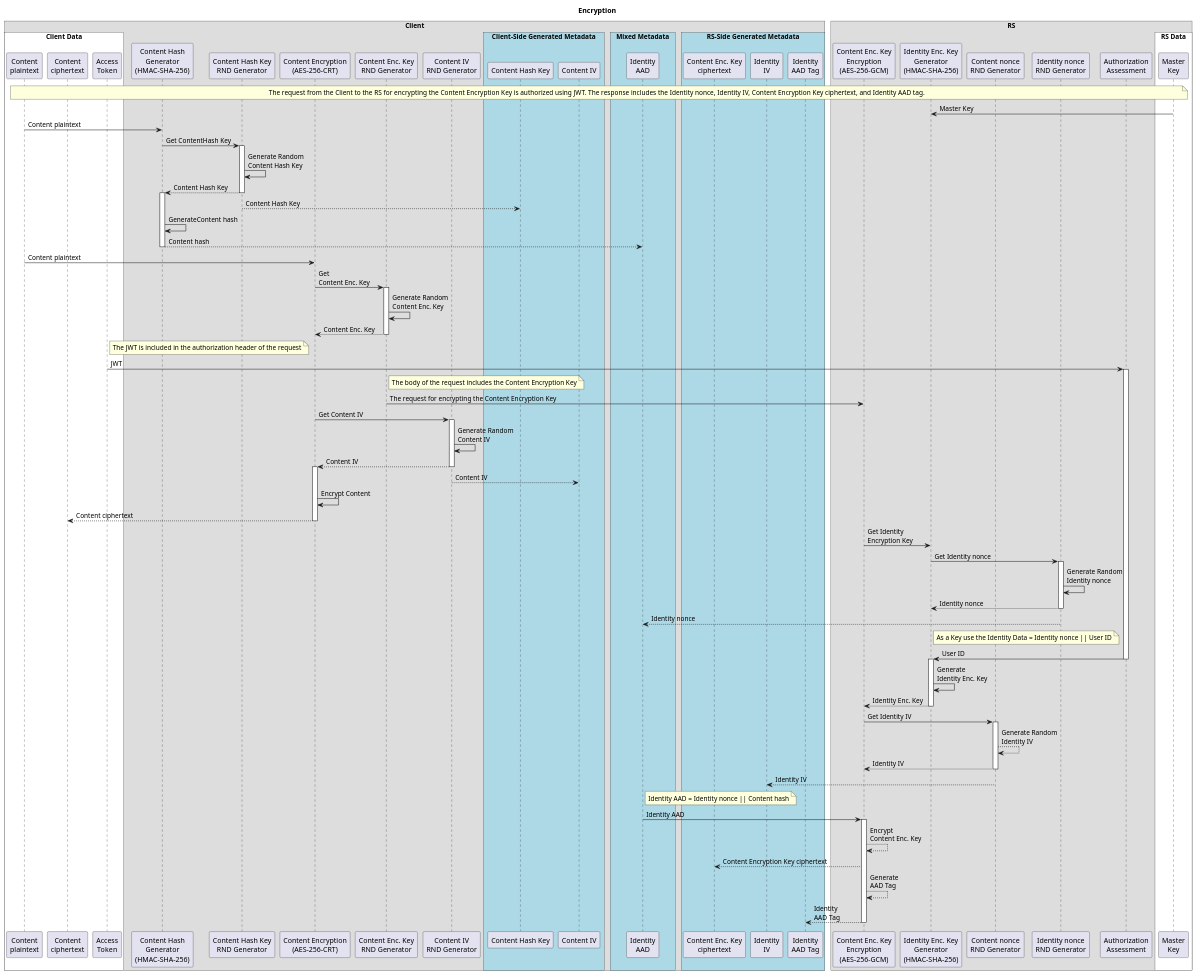
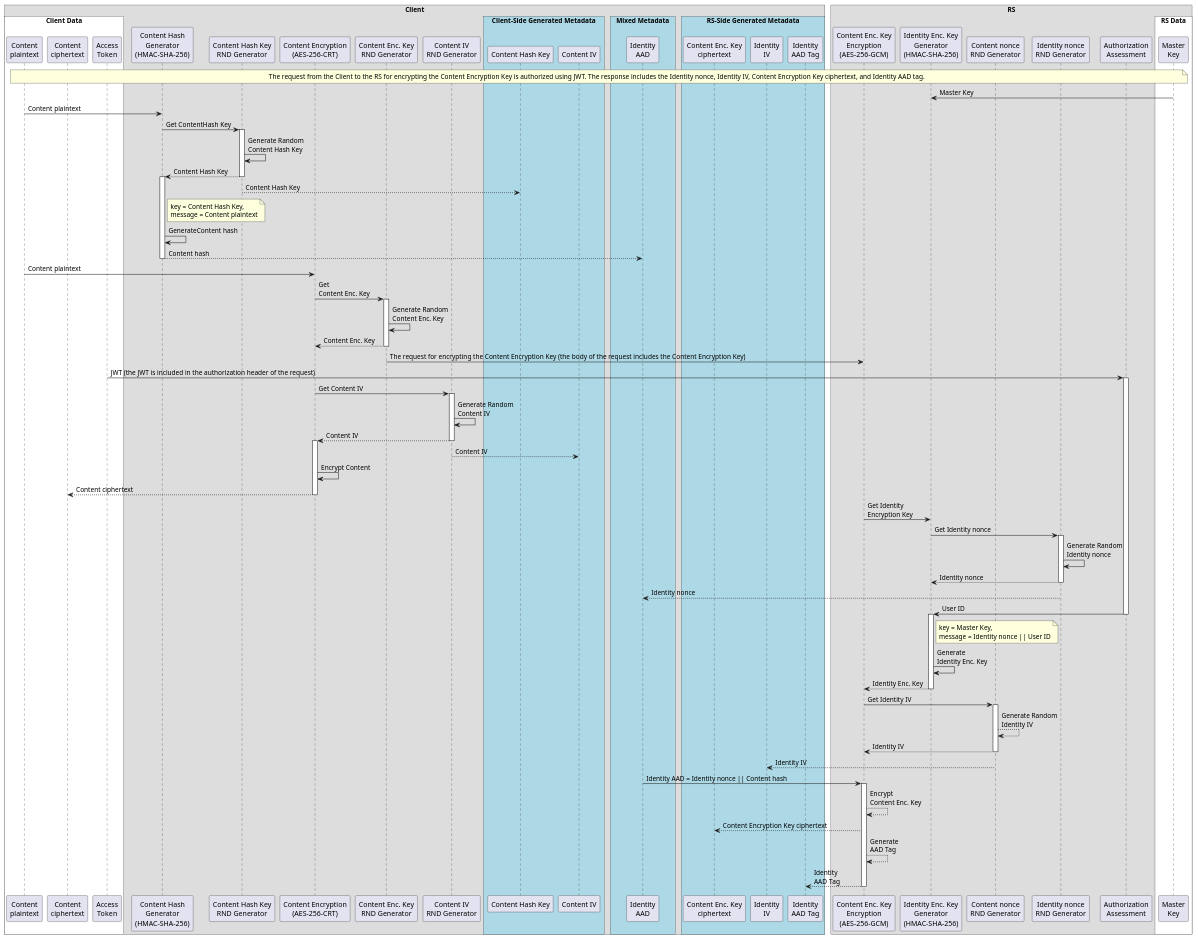
Before and after one commit to umalabs/ibe: the first of 2 diagrams in docs/CRYPTOGRAPHY.md, drawn with PlantUML. The commit also changed other lines of this file and 2 other files, not shown here.

````diff
--- a/docs/CRYPTOGRAPHY.md
+++ b/docs/CRYPTOGRAPHY.md
@@ -9,8 +11,6 @@
 ```plantuml
 @startuml
 !pragma teoz true
-
-title Encryption
 
 ' --- Client ---
 participant "Content Hash\nGenerator\n(HMAC-SHA-256)" as ContentHashGen
@@ -105,6 +105,7 @@
 ' --- Content Hash Generation process ---
 activate ContentHashGen
 ContentHashKeyRNDGen --> ContentHashKeyMetadata: Content Hash Key
+note right of ContentHashGen: key = Content Hash Key,\nmessage = Content plaintext
 ContentHashGen -> ContentHashGen: GenerateContent hash
 ContentHashGen --> IdentityAADMetadata: Content hash
 deactivate ContentHashGen
@@ -118,13 +119,11 @@
 ContentEncKeyRNDGen -> ContentEncKeyRNDGen: Generate Random\nContent Enc. Key
 ContentEncKeyRNDGen --> ContentEncryption: Content Enc. Key
 deactivate ContentEncKeyRNDGen
+' --- Request for encrypting the Content Encryption Key ---
+ContentEncKeyRNDGen -> ContentEncKeyEncryption: The request for encrypting the Content Encryption Key (the body of the request includes the Content Encryption Key)
 ' --- Request Authorization Header
-note right of AccessToken: The JWT is included in the authorization header of the request
-AccessToken->AuthorizationAssessment: JWT
+AccessToken->AuthorizationAssessment: JWT (the JWT is included in the authorization header of the request)
 activate AuthorizationAssessment
-' --- Request Body ---
-note right of ContentEncKeyRNDGen: The body of the request includes the Content Encryption Key
-ContentEncKeyRNDGen -> ContentEncKeyEncryption: The request for encrypting the Content Encryption Key
 ' --- Content plaintext IV Generation ---
 ContentEncryption -> ContentIV_RNDGen: Get Content IV
 ' --- Content plaintext IV Generation process ---
@@ -151,11 +150,11 @@
 ' --- Response Data ---
 IdentityNonceRNDGen --> IdentityAADMetadata: Identity nonce
 ' --- Identity Enc. Key Generation ---
-note right of IdentityEncKeyGen: As a Key use the Identity Data = Identity nonce || User ID
 AuthorizationAssessment-> IdentityEncKeyGen: User ID
 deactivate AuthorizationAssessment
 ' --- Identity Enc. Key Generation process ---
 activate IdentityEncKeyGen
+note right of IdentityEncKeyGen: key = Master Key,\nmessage = Identity nonce || User ID
 IdentityEncKeyGen -> IdentityEncKeyGen: Generate\nIdentity Enc. Key
 IdentityEncKeyGen --> ContentEncKeyEncryption: Identity Enc. Key
 deactivate IdentityEncKeyGen
@@ -169,8 +168,7 @@
 ' --- Response Data ---
 ContentNonceRNDGen --> IdentityIVMetadata: Identity IV
 ' --- Content Key Encryption ---
-note right of IdentityAADMetadata: Identity AAD = Identity nonce || Content hash
-IdentityAADMetadata -> ContentEncKeyEncryption: Identity AAD
+IdentityAADMetadata -> ContentEncKeyEncryption: Identity AAD = Identity nonce || Content hash
 ' --- Content Key Encryption process ---
 activate ContentEncKeyEncryption
 ContentEncKeyEncryption --> ContentEncKeyEncryption: Encrypt\nContent Enc. Key
````
